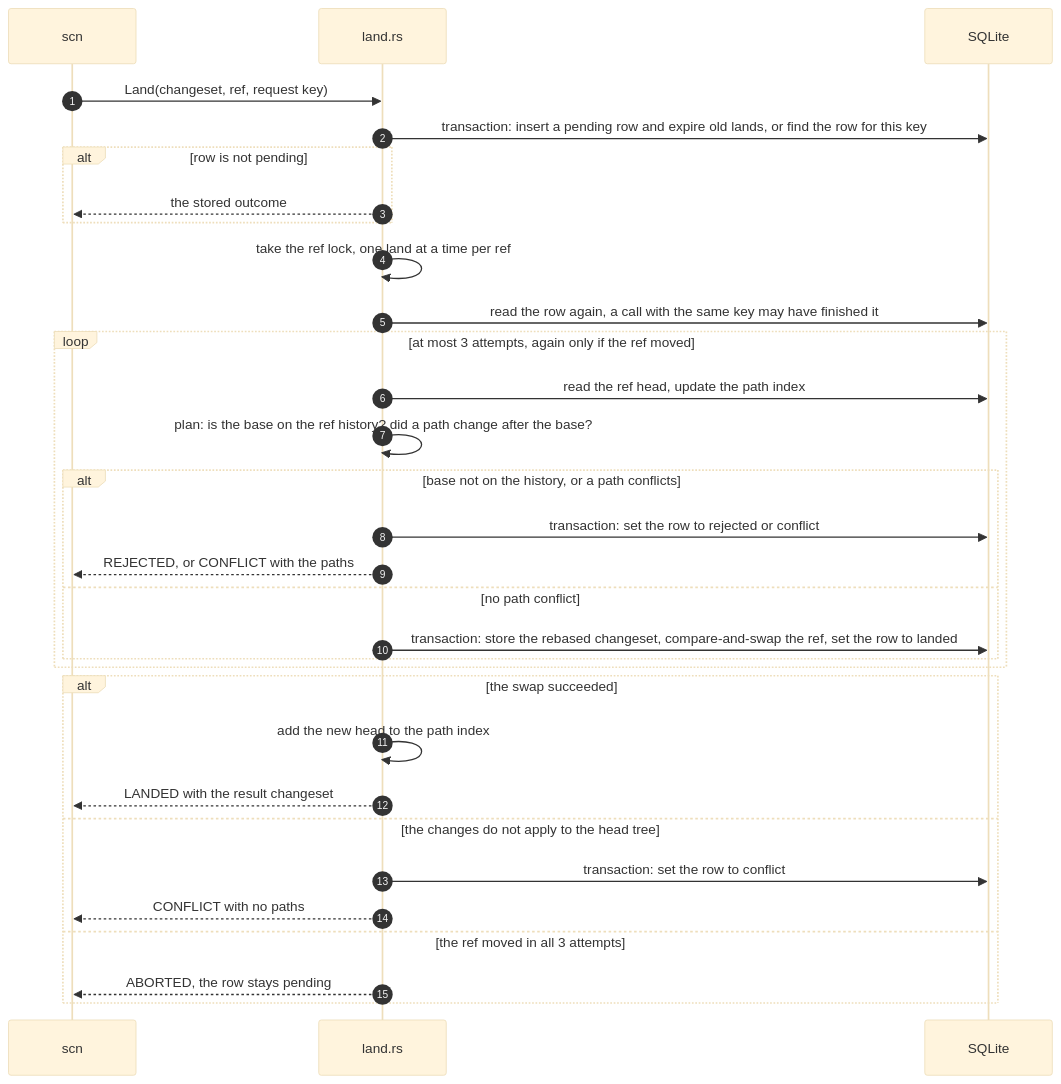
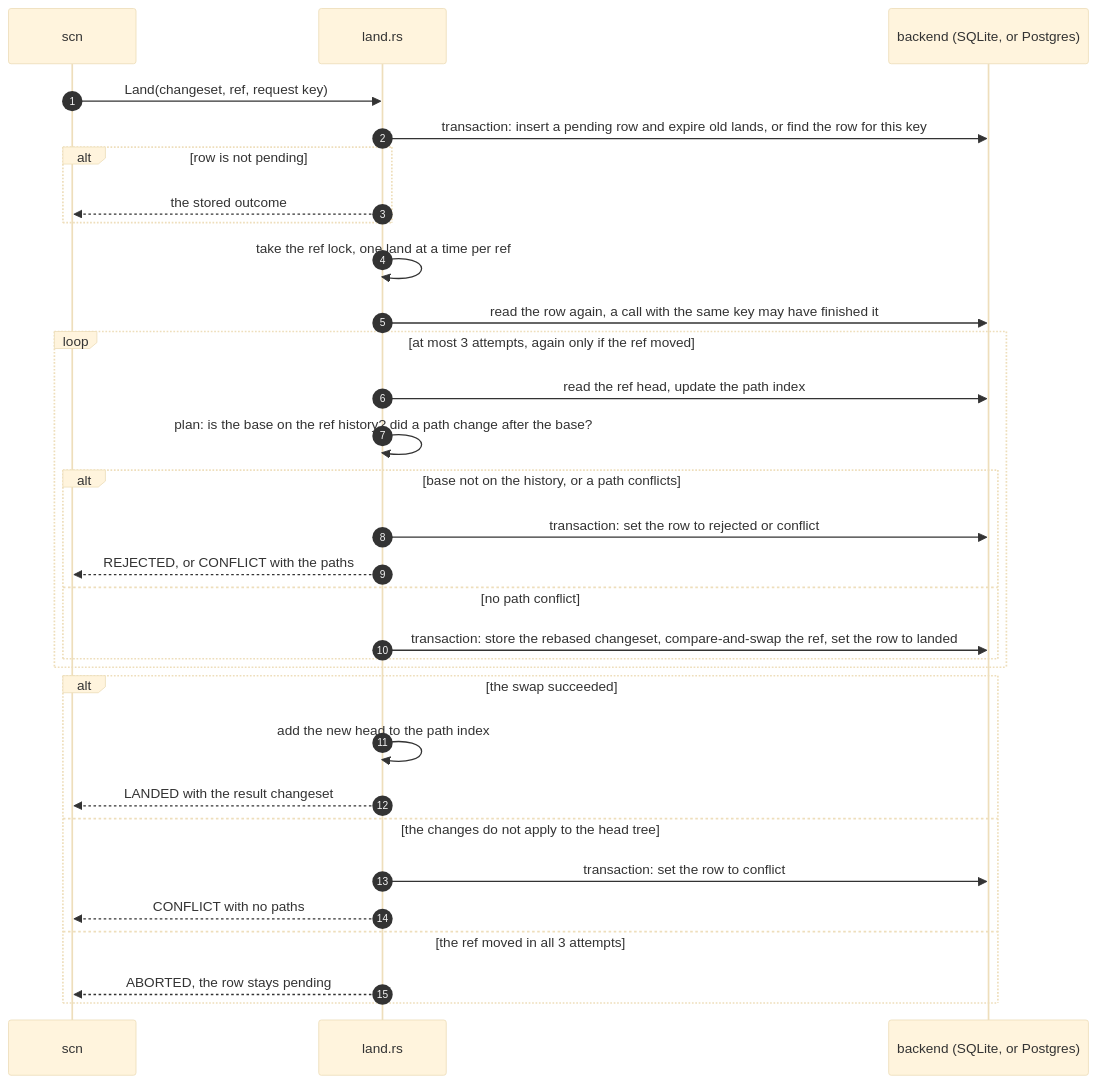
One commit to bnsd55/open-scion changed the third of 4 diagrams in docs/architecture.md. Above: the diagram before and after it, drawn with Mermaid (base theme). The commit also changed other lines of this file, not shown here.

First line of the commit message:
architecture.md: the Postgres backend, and the binary's real commands

````diff
--- a/docs/architecture.md
+++ b/docs/architecture.md
@@ -512,33 +527,33 @@
 ```mermaid
 sequenceDiagram
     autonumber
     participant A as scn
     participant L as land.rs
-    participant DB as SQLite
+    participant DB as backend (SQLite, or Postgres)
     A->>L: Land(changeset, ref, request key)
     L->>DB: transaction: insert a pending row and expire old lands, or find the row for this key
     alt row is not pending
         L-->>A: the stored outcome
     end
     L->>L: take the ref lock, one land at a time per ref
     L->>DB: read the row again, a call with the same key may have finished it
     loop at most 3 attempts, again only if the ref moved
         L->>DB: read the ref head, update the path index
         L->>L: plan: is the base on the ref history? did a path change after the base?
         alt base not on the history, or a path conflicts
             L->>DB: transaction: set the row to rejected or conflict
             L-->>A: REJECTED, or CONFLICT with the paths
         else no path conflict
             L->>DB: transaction: store the rebased changeset, compare-and-swap the ref, set the row to landed
         end
     end
     alt the swap succeeded
         L->>L: add the new head to the path index
         L-->>A: LANDED with the result changeset
     else the changes do not apply to the head tree
         L->>DB: transaction: set the row to conflict
         L-->>A: CONFLICT with no paths
     else the ref moved in all 3 attempts
         L-->>A: ABORTED, the row stays pending
     end
 ```
````
